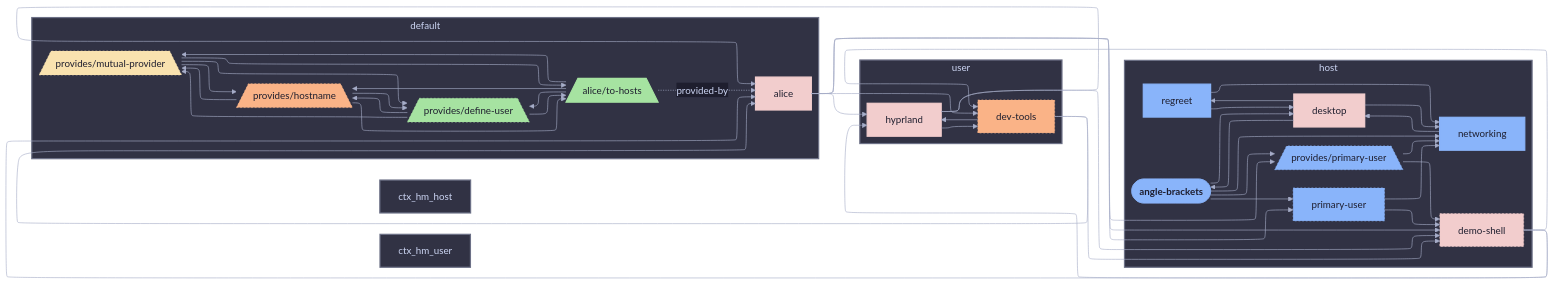
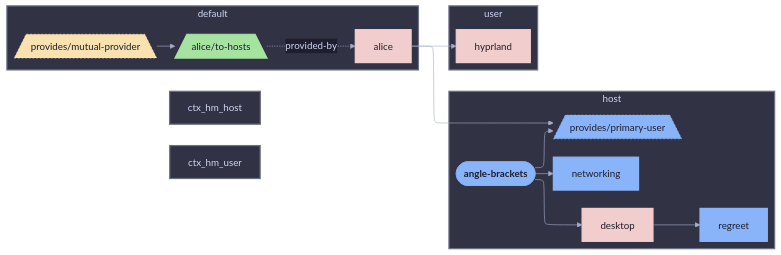
The diagram in templates/diag-fx-demo/diagrams/angle-brackets-class-nixos.md (sini/den), drawn with Mermaid before and after one commit. The commit also changed 849 other files, not shown here.

Commit message:
chore: update fx diagrams

```diff
--- a/templates/diag-fx-demo/diagrams/angle-brackets-class-nixos.md
+++ b/templates/diag-fx-demo/diagrams/angle-brackets-class-nixos.md
@@ -10,77 +10,34 @@
   subgraph ctx_host["host"]
   desktop["desktop"]:::desktop_c
   networking["networking"]:::networking_c
-  primary_user["primary-user"]:::primary_user_c
   den__provides__primary_user[/"provides/primary-user"\]:::den__provides__primary_user_c
   regreet["regreet"]:::regreet_c
   angle_brackets --> desktop
   angle_brackets --> networking
-  angle_brackets --> primary_user
   angle_brackets --> den__provides__primary_user
-  den__provides__primary_user --> demo_shell
-  den__provides__primary_user --> networking
-  desktop --> angle_brackets
-  desktop --> networking
   desktop --> regreet
-  networking --> desktop
-  regreet --> desktop
-  regreet --> networking
-  primary_user --> demo_shell
-  primary_user --> networking
   end
   subgraph ctx_default["default"]
-  den__provides__define_user[/"provides/define-user"\]:::den__provides__define_user_c
-  den__provides__hostname[/"provides/hostname"\]:::den__provides__hostname_c
   den__provides__mutual_provider[/"provides/mutual-provider"\]:::den__provides__mutual_provider_c
   alice__to_hosts[/"alice/to-hosts"\]:::alice__to_hosts_c
-  alice__to_hosts --> den__provides__define_user
-  alice__to_hosts --> den__provides__hostname
-  alice__to_hosts --> den__provides__mutual_provider
-  den__provides__mutual_provider --> den__provides__define_user
-  den__provides__mutual_provider --> den__provides__hostname
   den__provides__mutual_provider --> alice__to_hosts
-  den__provides__hostname --> den__provides__define_user
-  den__provides__define_user --> den__provides__hostname
-  den__provides__define_user --> den__provides__mutual_provider
-  den__provides__hostname --> den__provides__mutual_provider
-  den__provides__define_user --> alice__to_hosts
-  den__provides__hostname --> alice__to_hosts
   alice__to_hosts -.->|provided-by| alice
   end
   subgraph ctx_user["user"]
   alice["alice"]:::alice_c
-  demo_shell["demo-shell"]:::demo_shell_c
-  dev_tools["dev-tools"]:::dev_tools_c
   hyprland["hyprland"]:::hyprland_c
-  alice --> demo_shell
-  alice --> dev_tools
   alice --> hyprland
-  alice --> primary_user
   alice --> den__provides__primary_user
-  demo_shell --> hyprland
-  demo_shell --> alice
-  demo_shell --> dev_tools
-  dev_tools --> alice
-  dev_tools --> demo_shell
-  dev_tools --> hyprland
-  hyprland --> dev_tools
-  hyprland --> alice
-  hyprland --> demo_shell
   end
 
 
   classDef root fill:#89b4fa,stroke:#89b4fa,color:#1e1e2e,font-weight:bold
   classDef alice_c fill:#f2cdcd,stroke:#f2cdcd,color:#1e1e2e,stroke-width:2px
-  classDef angle_brackets_c fill:#89b4fa,stroke:#89b4fa,color:#1e1e2e,stroke-width:3px
-  classDef den__provides__define_user_c fill:#a6e3a1,stroke:#a6e3a1,color:#1e1e2e,stroke-dasharray: 3 3,stroke-width:1px
-  classDef demo_shell_c fill:#f2cdcd,stroke:#f2cdcd,color:#1e1e2e,stroke-dasharray: 3 3,stroke-width:1px
+  classDef angle_brackets_c fill:#89b4fa,stroke:#89b4fa,color:#1e1e2e,stroke-width:2px
   classDef desktop_c fill:#f2cdcd,stroke:#f2cdcd,color:#1e1e2e,stroke-width:2px
-  classDef dev_tools_c fill:#fab387,stroke:#fab387,color:#1e1e2e,stroke-dasharray: 3 3,stroke-width:1px
-  classDef den__provides__hostname_c fill:#fab387,stroke:#fab387,color:#1e1e2e,stroke-dasharray: 3 3,stroke-width:1px
   classDef hyprland_c fill:#f2cdcd,stroke:#f2cdcd,color:#1e1e2e,stroke-width:2px
   classDef den__provides__mutual_provider_c fill:#f9e2af,stroke:#f9e2af,color:#1e1e2e,stroke-dasharray: 3 3,stroke-width:1px
   classDef networking_c fill:#89b4fa,stroke:#89b4fa,color:#1e1e2e,stroke-width:2px
-  classDef primary_user_c fill:#89b4fa,stroke:#89b4fa,color:#1e1e2e,stroke-dasharray: 3 3,stroke-width:1px
   classDef den__provides__primary_user_c fill:#89b4fa,stroke:#89b4fa,color:#1e1e2e,stroke-dasharray: 3 3,stroke-width:1px
   classDef regreet_c fill:#89b4fa,stroke:#89b4fa,color:#1e1e2e,stroke-width:2px
   classDef alice__to_hosts_c fill:#a6e3a1,stroke:#a6e3a1,color:#1e1e2e,stroke-width:2px
```
